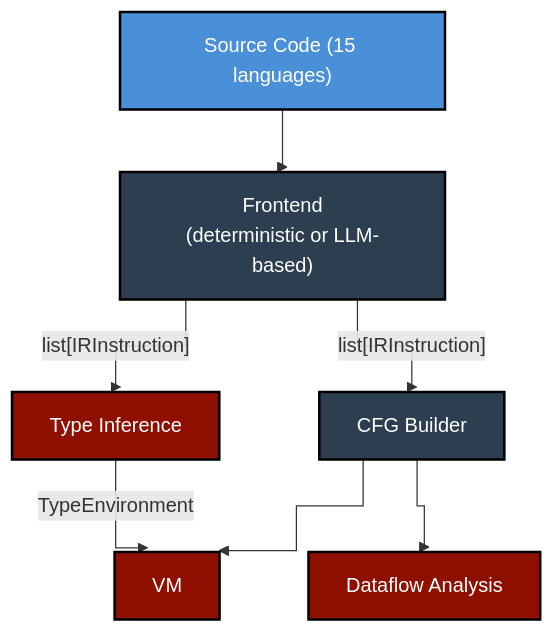
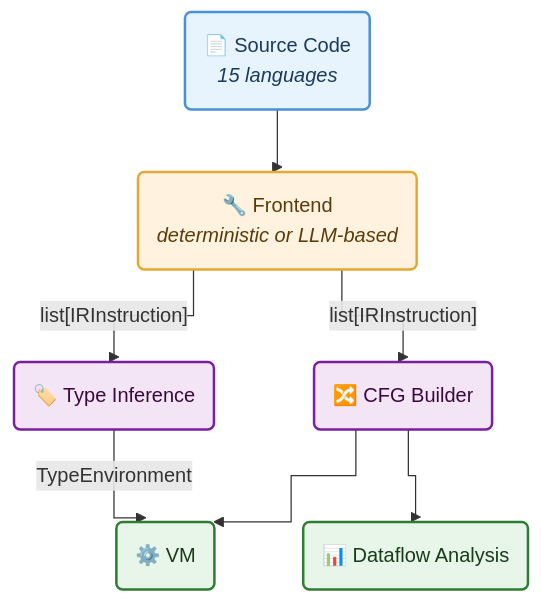
The first of 9 diagrams in _posts/2026-03-01-designing-reddragon-multi-language-code-analysis.md (asengupta/avishek.net), drawn with Mermaid before and after one commit. The commit also changed other lines of this file and 2 other files, not shown here.

First line of the commit message:
Beautify mermaid diagrams across all three posts, add Tools section and execution loop

````diff
--- a/_posts/2026-03-01-designing-reddragon-multi-language-code-analysis.md
+++ b/_posts/2026-03-01-designing-reddragon-multi-language-code-analysis.md
@@ -72,16 +72,22 @@
 ```mermaid
 %%{ init: { "flowchart": { "curve": "stepBefore" } } }%%
 flowchart TD
-src["Source Code (15 languages)"]-->frontend["Frontend<br/>(deterministic or LLM-based)"]
-frontend-->|"list[IRInstruction]"|cfg["CFG Builder"]
-frontend-->|"list[IRInstruction]"|typeinf["Type Inference"]
-typeinf-->|"TypeEnvironment"|vm["VM"]
-cfg-->vm
-cfg-->dataflow["Dataflow Analysis"]
-style src fill:#4a90d9,stroke:#000,stroke-width:2px,color:#fff
-style frontend fill:#2c3e50,stroke:#000,stroke-width:2px,color:#fff
-style cfg fill:#2c3e50,stroke:#000,stroke-width:2px,color:#fff
-style vm fill:#8f0f00,stroke:#000,stroke-width:2px,color:#fff
-style typeinf fill:#8f0f00,stroke:#000,stroke-width:2px,color:#fff
-style dataflow fill:#8f0f00,stroke:#000,stroke-width:2px,color:#fff
+    src("📄 Source Code<br/><i>15 languages</i>"):::input
+    frontend("🔧 Frontend<br/><i>deterministic or LLM-based</i>"):::transform
+    cfg("🔀 CFG Builder"):::analysis
+    typeinf("🏷️ Type Inference"):::analysis
+    vm("⚙️ VM"):::engine
+    dataflow("📊 Dataflow Analysis"):::engine
+
+    src --> frontend
+    frontend -->|"list[IRInstruction]"| cfg
+    frontend -->|"list[IRInstruction]"| typeinf
+    typeinf -->|"TypeEnvironment"| vm
+    cfg --> vm
+    cfg --> dataflow
+
+    classDef input fill:#e8f4fd,stroke:#4a90d9,stroke-width:2px,color:#1a3a5c
+    classDef transform fill:#fff3e0,stroke:#e8a735,stroke-width:2px,color:#5c3a0a
+    classDef analysis fill:#f3e5f5,stroke:#7b1fa2,stroke-width:2px,color:#3a0a3a
+    classDef engine fill:#e8f5e9,stroke:#2e7d32,stroke-width:2px,color:#1a3a1a
 ```
````
